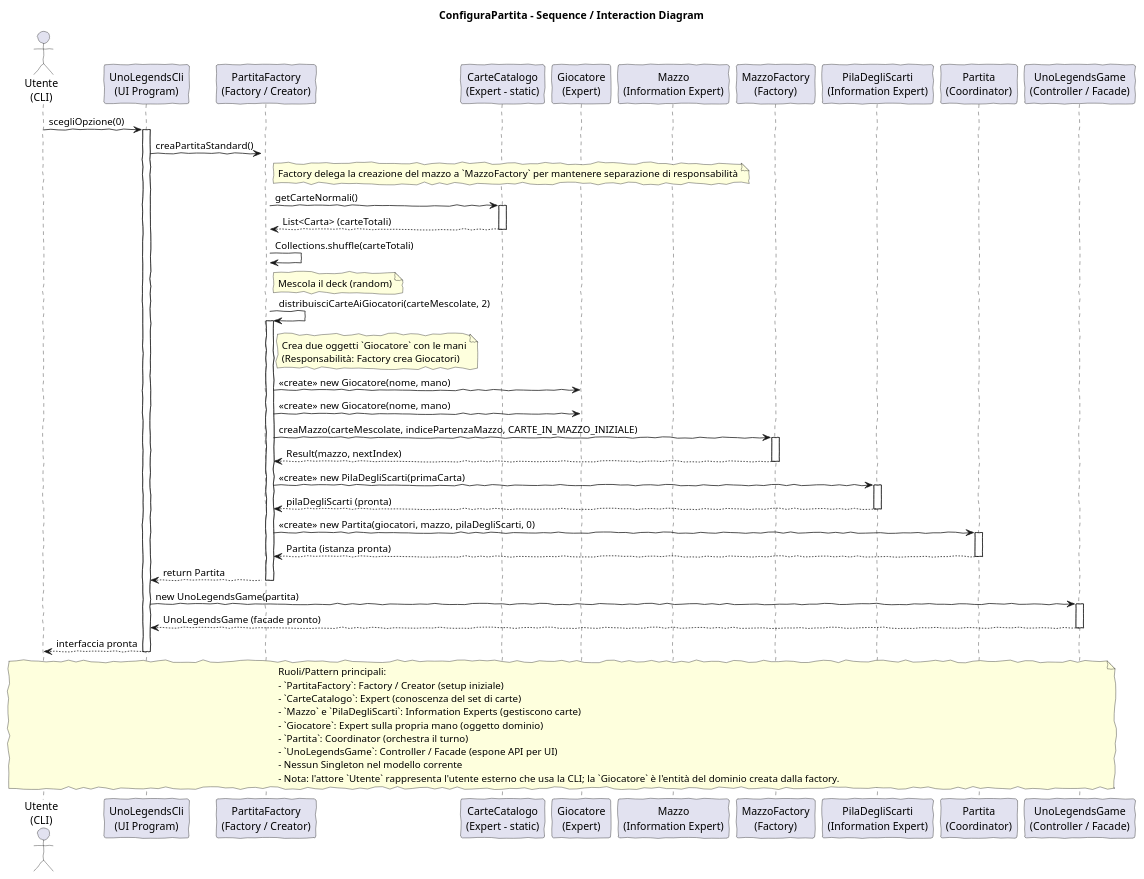
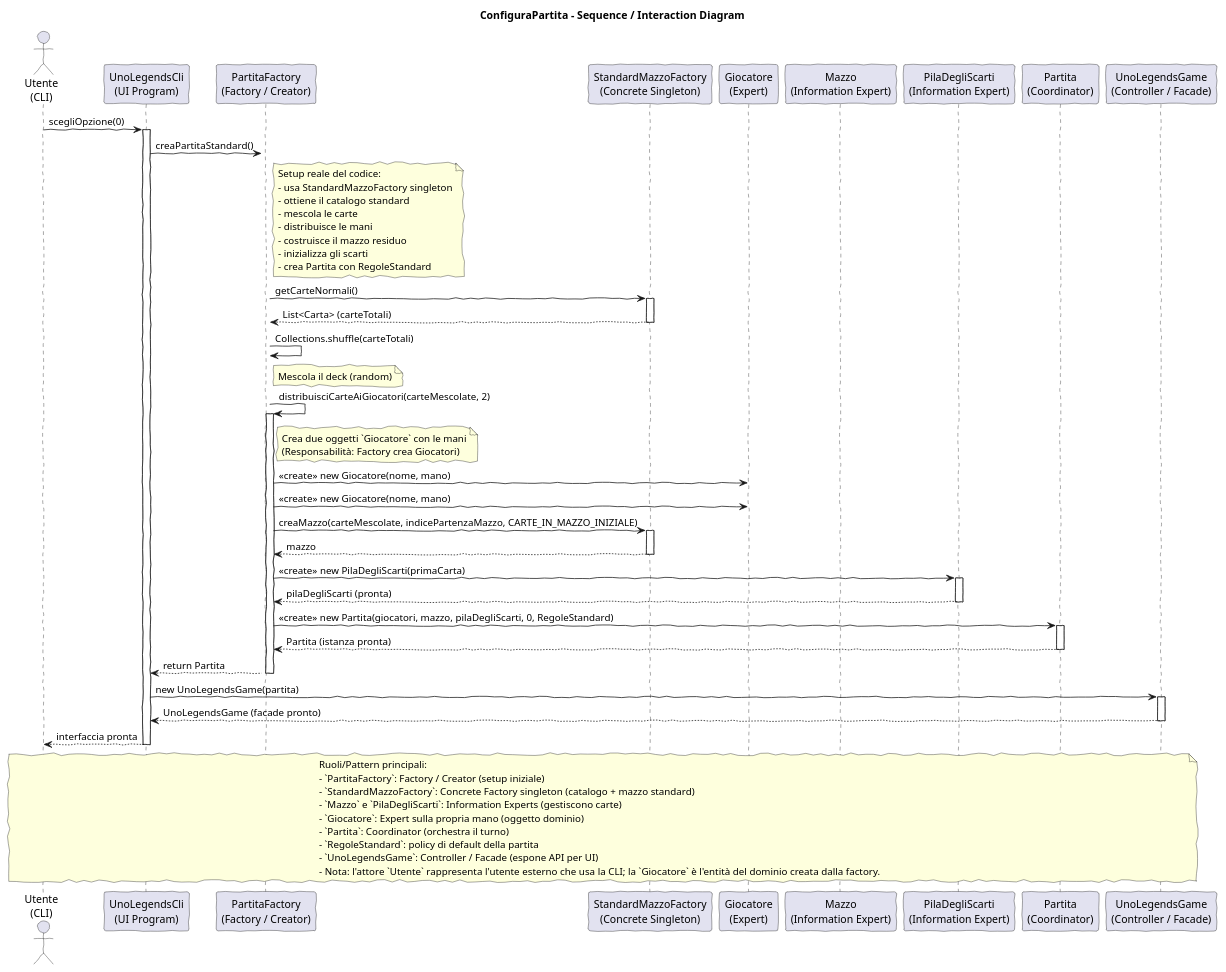
One commit to Frozzo/SoftwareEngineering changed the diagram in Codice/docs/configura_partita.puml. Above: the diagram before and after it, drawn with PlantUML. The commit also changed 10 other files, not shown here.

```diff
--- a/Codice/docs/configura_partita.puml
+++ b/Codice/docs/configura_partita.puml
@@ -1,82 +1,88 @@
 @startuml
 title ConfiguraPartita - Sequence / Interaction Diagram
 skinparam handwritten true
 
 actor "Utente\n(CLI)" as Utente
 participant "UnoLegendsCli\n(UI Program)" as CLIProg
 participant "PartitaFactory\n(Factory / Creator)" as Factory
-participant "CarteCatalogo\n(Expert - static)" as Catalogo
+participant "StandardMazzoFactory\n(Concrete Singleton)" as MazzoFactory
 participant "Giocatore\n(Expert)" as Giocatore
 participant "Mazzo\n(Information Expert)" as Mazzo
-participant "MazzoFactory\n(Factory)" as MazzoFactory
 participant "PilaDegliScarti\n(Information Expert)" as Scarti
 participant "Partita\n(Coordinator)" as Partita
 participant "UnoLegendsGame\n(Controller / Facade)" as Game
 
 Utente -> CLIProg : scegliOpzione(0)
 activate CLIProg
 
 CLIProg -> Factory : creaPartitaStandard()
 activate Factory
 note right of Factory
-  Factory delega la creazione del mazzo a `MazzoFactory` per mantenere separazione di responsabilità
+  Setup reale del codice:
+  - usa StandardMazzoFactory singleton
+  - ottiene il catalogo standard
+  - mescola le carte
+  - distribuisce le mani
+  - costruisce il mazzo residuo
+  - inizializza gli scarti
+  - crea Partita con RegoleStandard
 end note
 
-Factory -> Catalogo : getCarteNormali()
-activate Catalogo
-Catalogo --> Factory : List<Carta> (carteTotali)
-deactivate Catalogo
+Factory -> MazzoFactory : getCarteNormali()
+activate MazzoFactory
+MazzoFactory --> Factory : List<Carta> (carteTotali)
+deactivate MazzoFactory
 
 Factory -> Factory : Collections.shuffle(carteTotali)
 note right of Factory
   Mescola il deck (random)
 end note
 
 Factory -> Factory : distribuisciCarteAiGiocatori(carteMescolate, 2)
 activate Factory
 note right of Factory
   Crea due oggetti `Giocatore` con le mani
   (Responsabilità: Factory crea Giocatori)
 end note
 Factory -> Giocatore : <<create>> new Giocatore(nome, mano)
 Factory -> Giocatore : <<create>> new Giocatore(nome, mano)
 
 Factory -> MazzoFactory : creaMazzo(carteMescolate, indicePartenzaMazzo, CARTE_IN_MAZZO_INIZIALE)
 activate MazzoFactory
-MazzoFactory --> Factory : Result(mazzo, nextIndex)
+MazzoFactory --> Factory : mazzo
 deactivate MazzoFactory
 
 Factory -> Scarti : <<create>> new PilaDegliScarti(primaCarta)
 activate Scarti
 Scarti --> Factory : pilaDegliScarti (pronta)
 deactivate Scarti
 
-Factory -> Partita : <<create>> new Partita(giocatori, mazzo, pilaDegliScarti, 0)
+Factory -> Partita : <<create>> new Partita(giocatori, mazzo, pilaDegliScarti, 0, RegoleStandard)
 activate Partita
 Partita --> Factory : Partita (istanza pronta)
 deactivate Partita
 
 Factory --> CLIProg : return Partita
 deactivate Factory
 
 CLIProg -> Game : new UnoLegendsGame(partita)
 activate Game
 Game --> CLIProg : UnoLegendsGame (facade pronto)
 deactivate Game
 
 CLIProg --> Utente : interfaccia pronta
 deactivate CLIProg
 
 note over Utente,Game
   Ruoli/Pattern principali:
   - `PartitaFactory`: Factory / Creator (setup iniziale)
-  - `CarteCatalogo`: Expert (conoscenza del set di carte)
+  - `StandardMazzoFactory`: Concrete Factory singleton (catalogo + mazzo standard)
   - `Mazzo` e `PilaDegliScarti`: Information Experts (gestiscono carte)
   - `Giocatore`: Expert sulla propria mano (oggetto dominio)
   - `Partita`: Coordinator (orchestra il turno)
+  - `RegoleStandard`: policy di default della partita
   - `UnoLegendsGame`: Controller / Facade (espone API per UI)
-  - Nessun Singleton nel modello corrente
   - Nota: l'attore `Utente` rappresenta l'utente esterno che usa la CLI; la `Giocatore` è l'entità del dominio creata dalla factory.
 end note
 
 @enduml
```
